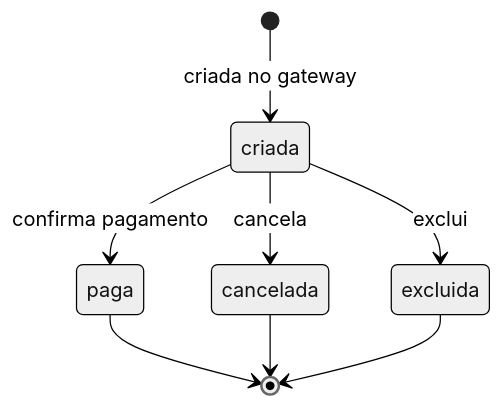
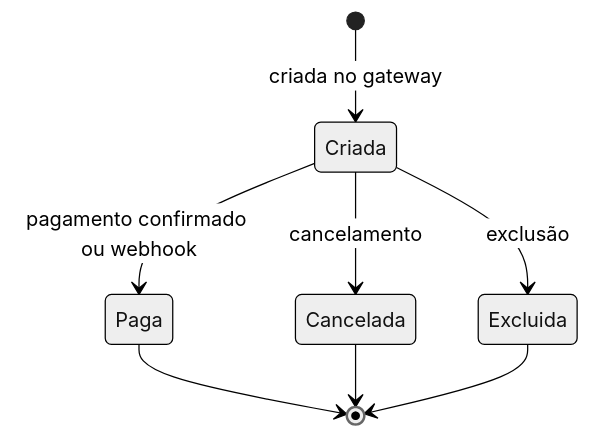
Before and after one commit to s1k3ira/mapos: the third of 3 diagrams in .n45/docs/diagrams/state-machines.md, drawn with Mermaid. The commit also changed other lines of this file and 52 other files, not shown here.

Commit message:
chore(n45): roadmap feat-0001-melhoria-seguranca encerrado e arquivado

````diff
--- a/.n45/docs/diagrams/state-machines.md
+++ b/.n45/docs/diagrams/state-machines.md
@@ -44,11 +44,11 @@
 ```mermaid
 %%{init: {'theme': 'neutral'} }%%
 stateDiagram-v2
-  [*] --> criada: criada no gateway
-  criada --> paga: confirma pagamento
-  criada --> cancelada: cancela
-  criada --> excluida: exclui
-  paga --> [*]
-  cancelada --> [*]
-  excluida --> [*]
+  [*] --> Criada: criada no gateway
+  Criada --> Paga: pagamento confirmado ou webhook
+  Criada --> Cancelada: cancelamento
+  Criada --> Excluida: exclusão
+  Paga --> [*]
+  Cancelada --> [*]
+  Excluida --> [*]
 ```
````
